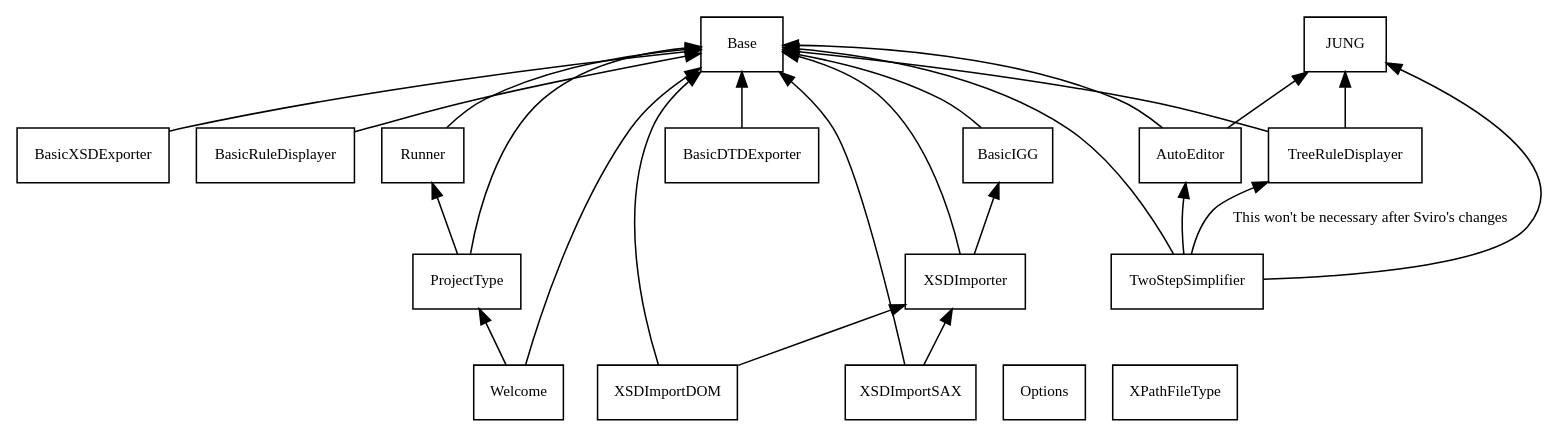
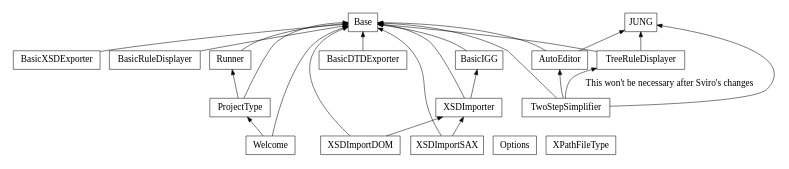
The diagram in doc/jInfer/architecture/module_deps.gv (otmarjr/jInfer-fork), drawn with Graphviz before and after one commit. The commit also changed 7 other files, not shown here.

Commit message:
3154619 Create documentation for jInfer architecture - better pictures for modules_inference and module_deps (stretching to textwidth with bigger font)

```diff
--- a/doc/jInfer/architecture/module_deps.gv
+++ b/doc/jInfer/architecture/module_deps.gv
@@ -1,47 +1,48 @@
 digraph automaton_merge1 {
-	node [shape = rectangle, fontname = "SFTT1000", fontsize = 10];
-	edge [fontname = "SFTT1000", fontsize = 10];
+	node [shape = rectangle, fontname = "TeXGyrePagella-Regular", fontsize = 18];
+	edge [fontname = "TeXGyrePagella-Regular", fontsize = 18];
+	size = 7.08;
 	rankdir = BT;
 
 	AutoEditor
 	Base
 	BasicDTDExporter
 	BasicIGG
 	BasicRuleDisplayer
 	BasicXSDExporter
 	JUNG
 	Options
 	ProjectType
 	Runner
 	TreeRuleDisplayer
 	TwoStepSimplifier
 	Welcome
 	XPathFileType
 	XSDImportDOM
 	XSDImporter
 	XSDImportSAX
 
 	AutoEditor -> Base
 	AutoEditor -> JUNG
 	BasicDTDExporter -> Base
 	BasicIGG -> Base
 	BasicRuleDisplayer -> Base
 	BasicXSDExporter -> Base
 	ProjectType -> Base
 	ProjectType -> Runner
 	Runner -> Base
 	TreeRuleDisplayer -> Base
 	TreeRuleDisplayer -> JUNG
 	TwoStepSimplifier -> AutoEditor
 	TwoStepSimplifier -> Base
 	TwoStepSimplifier -> JUNG
 	TwoStepSimplifier -> TreeRuleDisplayer [label = "This won't be necessary after Sviro's changes"]
 	Welcome -> Base
 	Welcome -> ProjectType
 	XSDImportDOM -> Base
 	XSDImportDOM -> XSDImporter
 	XSDImporter -> Base
 	XSDImporter -> BasicIGG
 	XSDImportSAX -> Base
 	XSDImportSAX -> XSDImporter
 }
```
